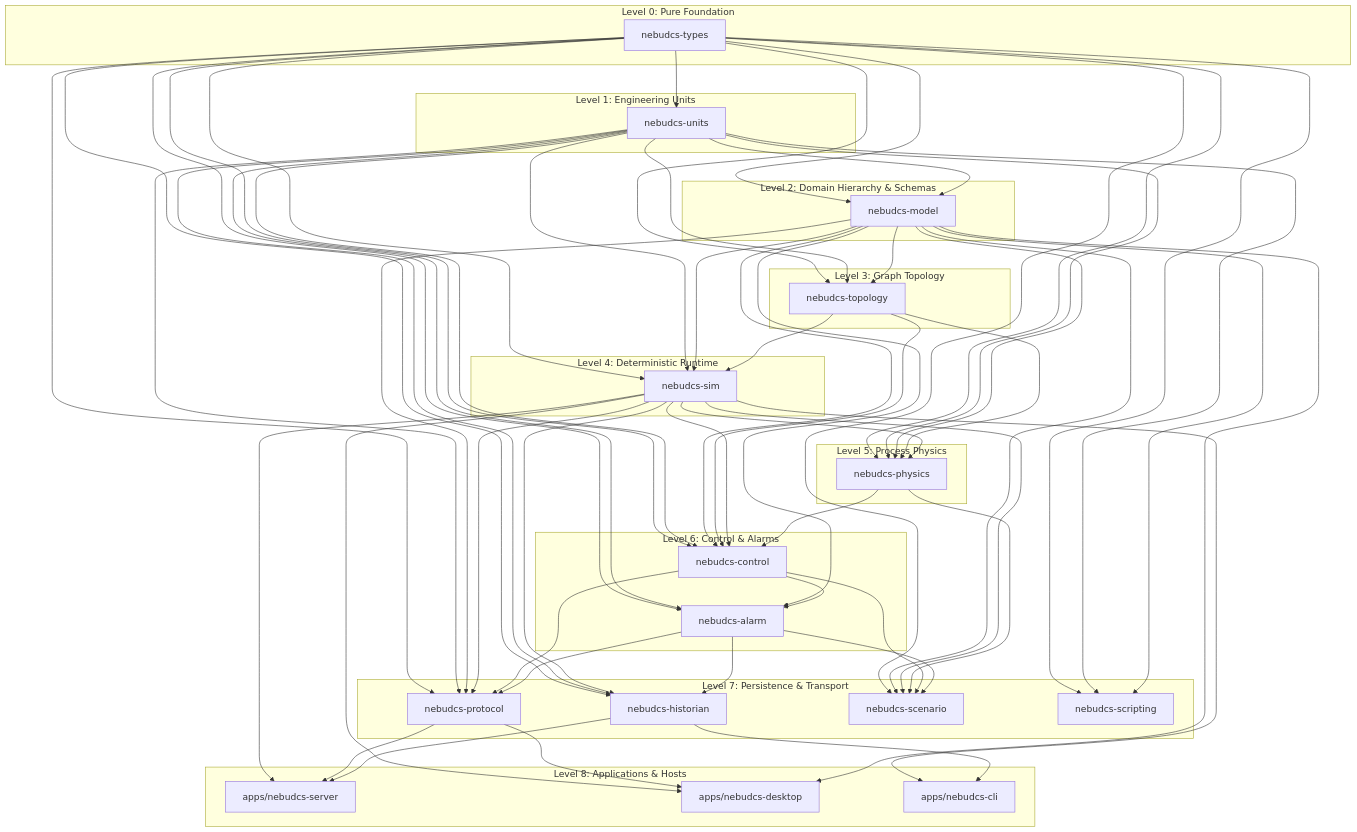
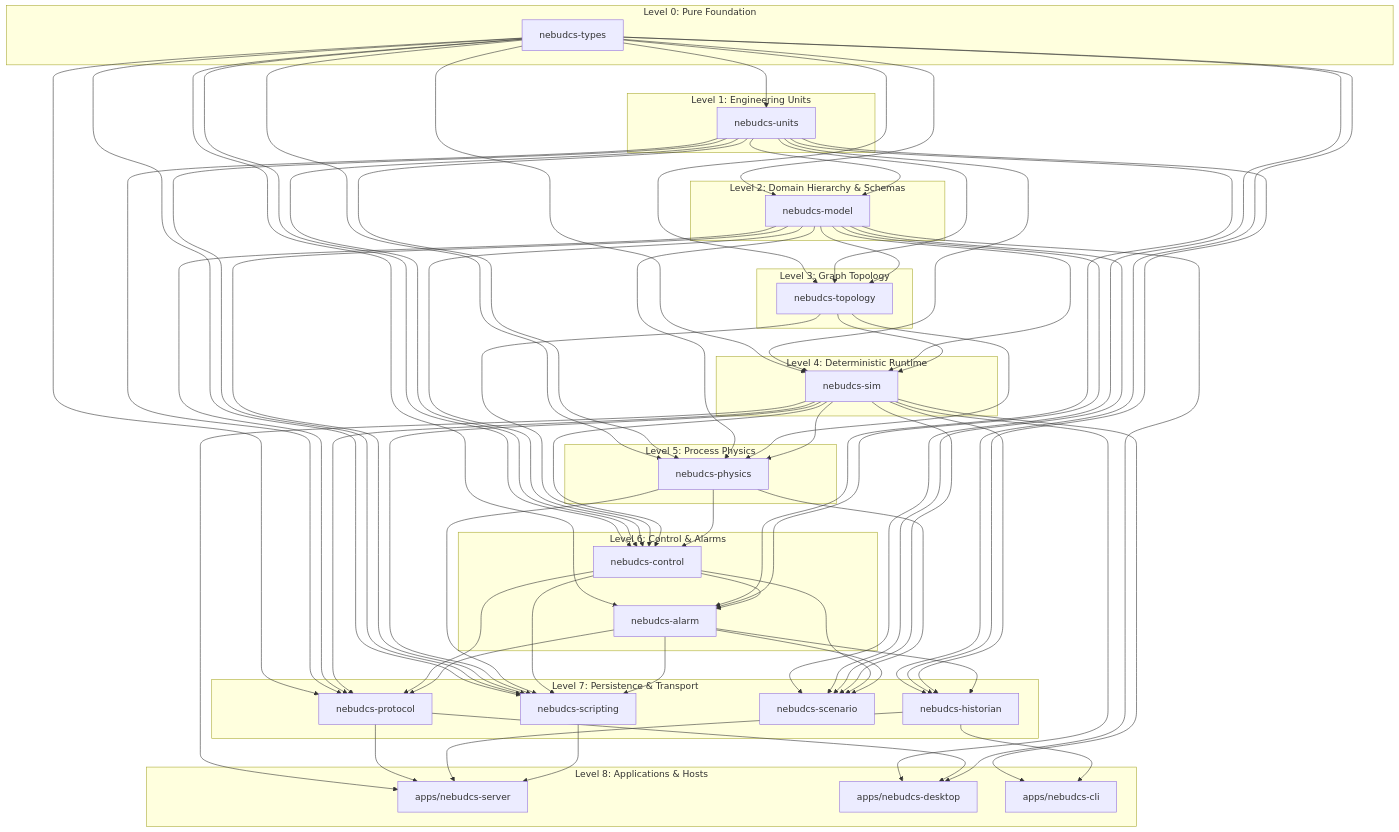
One commit to kaivyy/nebudcs changed the diagram in docs/implementation/dependency-map.md. Above: the diagram before and after it, drawn with Mermaid. The commit also changed other lines of this file and 34 other files, not shown here.

```diff
--- a/docs/implementation/dependency-map.md
+++ b/docs/implementation/dependency-map.md
@@ -130,10 +130,15 @@
     Types --> Scripting
     Units --> Scripting
     Model --> Scripting
+    Sim --> Scripting
+    Physics --> Scripting
+    Control --> Scripting
+    Alarm --> Scripting
 
     Sim --> Server
     Protocol --> Server
     Historian --> Server
+    Scripting --> Server
 
     Sim --> Desktop
     Protocol --> Desktop
```
